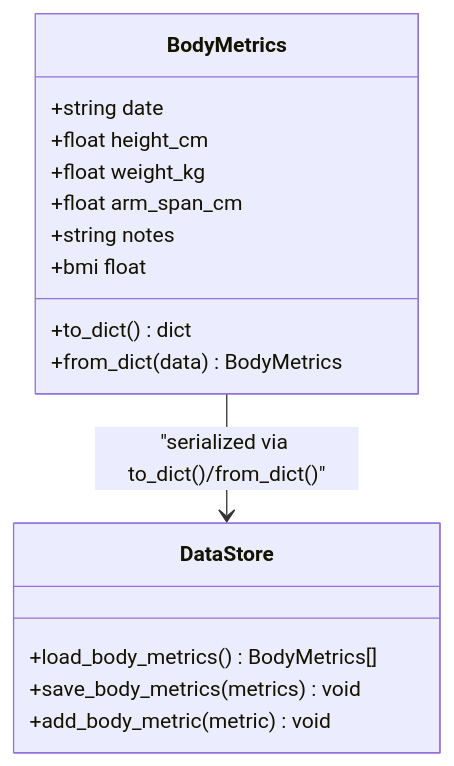
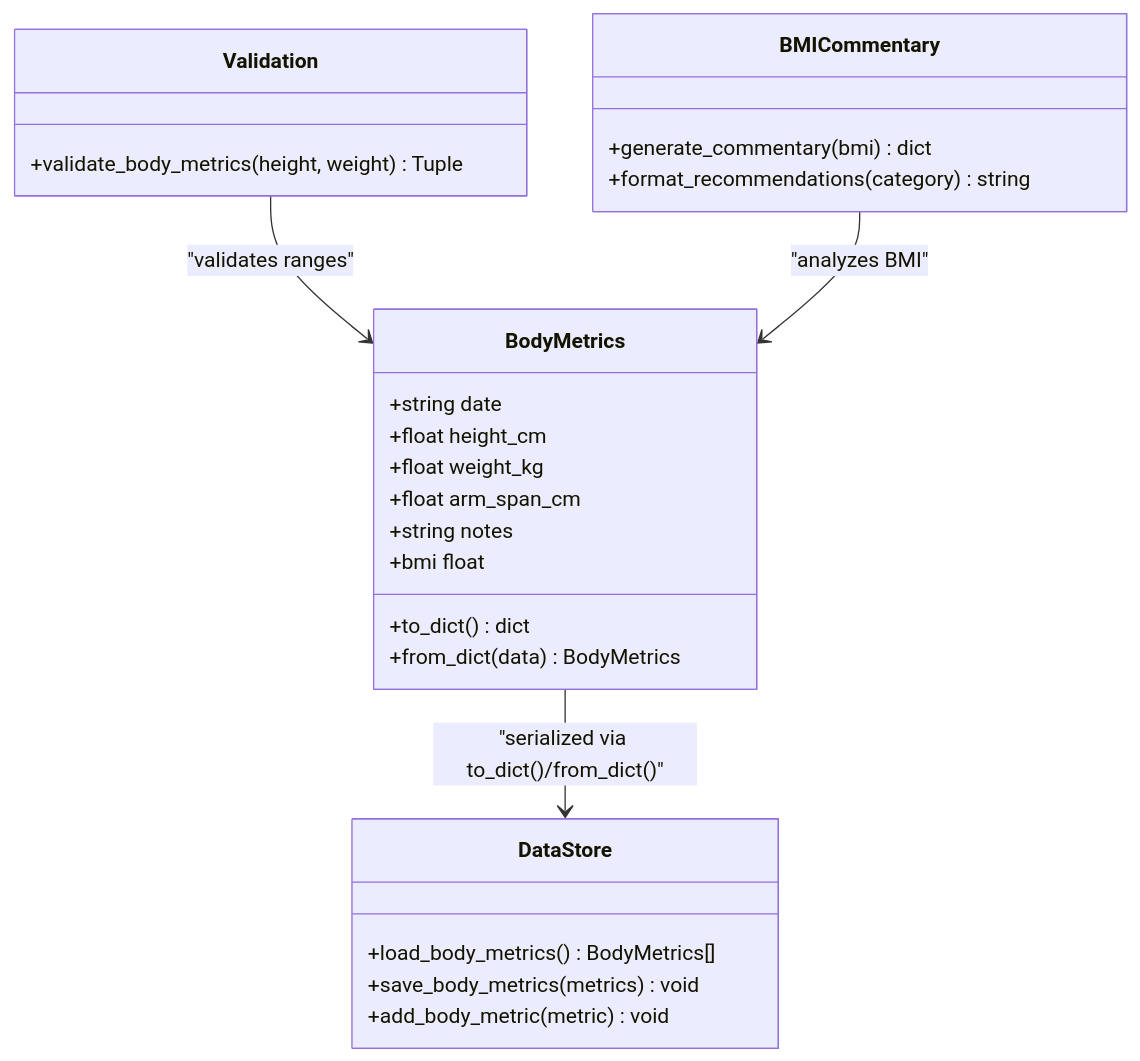
Before and after one commit to Johnny22056/SwimingStatus: the fourth of 8 diagrams in .qoder/repowiki/en/content/Data Models/Data Models.md, drawn with Mermaid. The commit also changed other lines of this file and 5 other files, not shown here.

````diff
--- a/.qoder/repowiki/en/content/Data Models/Data Models.md
+++ b/.qoder/repowiki/en/content/Data Models/Data Models.md
@@ -275,19 +294,28 @@
 ```mermaid
 classDiagram
 class BodyMetrics {
 +string date
 +float height_cm
 +float weight_kg
 +float arm_span_cm
 +string notes
 +bmi float
 +to_dict() dict
 +from_dict(data) BodyMetrics
 }
+class Validation {
++validate_body_metrics(height, weight) Tuple
+}
 class DataStore {
 +load_body_metrics() BodyMetrics[]
 +save_body_metrics(metrics) void
 +add_body_metric(metric) void
 }
+class BMICommentary {
++generate_commentary(bmi) dict
++format_recommendations(category) string
+}
 BodyMetrics --> DataStore : "serialized via to_dict()/from_dict()"
+Validation --> BodyMetrics : "validates ranges"
+BMICommentary --> BodyMetrics : "analyzes BMI"
 ```
````
